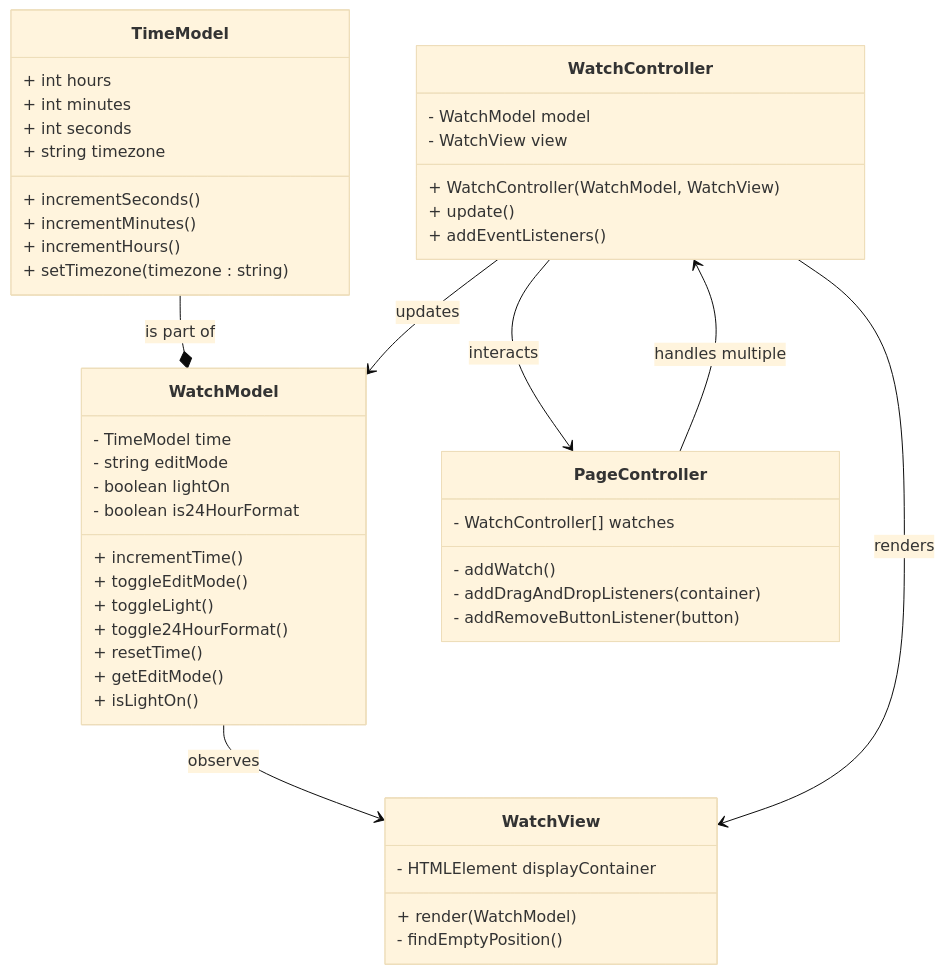
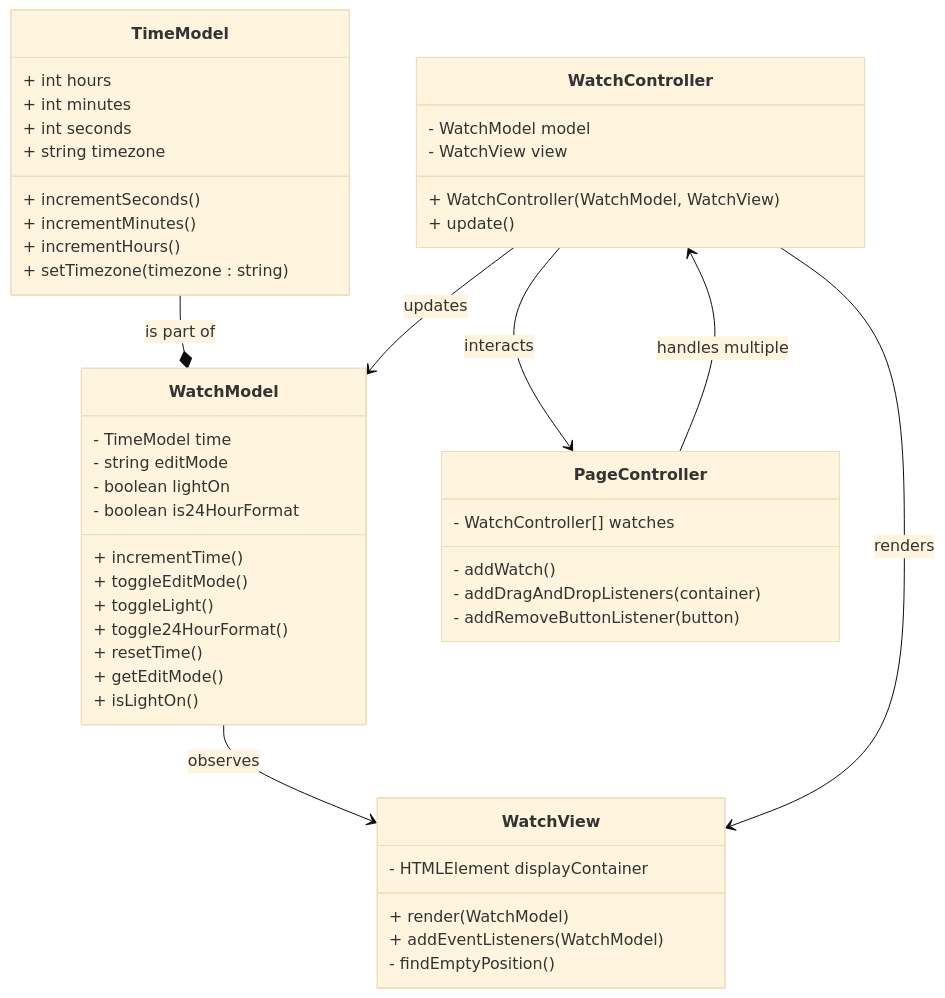
One commit to igor-sensei/watch-mvc changed the diagram in doc/uml_part_b.md. Above: the diagram before and after it, drawn with Mermaid (base theme). The commit also changed 3 other files, not shown here.

Commit message:
Move watch event listeners to view

````diff
--- a/doc/uml_part_b.md
+++ b/doc/uml_part_b.md
@@ -19,63 +19,63 @@
 ```mermaid
 classDiagram
 class TimeModel {
     + int hours
     + int minutes
     + int seconds
     + string timezone
 
     + incrementSeconds()
     + incrementMinutes()
     + incrementHours()
     + setTimezone(timezone : string)
 }
 
 class WatchModel {
     - TimeModel time
     - string editMode
     - boolean lightOn
     - boolean is24HourFormat
 
     + incrementTime()
     + toggleEditMode()
     + toggleLight()
     + toggle24HourFormat()
     + resetTime()
 
     + getEditMode()
     + isLightOn()
 }
 
 class WatchView {
     - HTMLElement displayContainer
 
     + render(WatchModel)
+    + addEventListeners(WatchModel)
     - findEmptyPosition()
 }
 
 class WatchController {
     - WatchModel model
     - WatchView view
 
     + WatchController(WatchModel, WatchView)
     + update()
-    + addEventListeners()
 }
 
 class PageController {
     - WatchController[] watches
 
     - addWatch()
     - addDragAndDropListeners(container)
     - addRemoveButtonListener(button)
 }
 
 TimeModel --* WatchModel : is part of
 
 WatchModel --> WatchView : observes
 WatchController --> WatchModel : updates
 WatchController --> WatchView : renders
 
 WatchController --> PageController : interacts
 PageController --> WatchController : handles multiple
 ```
````
